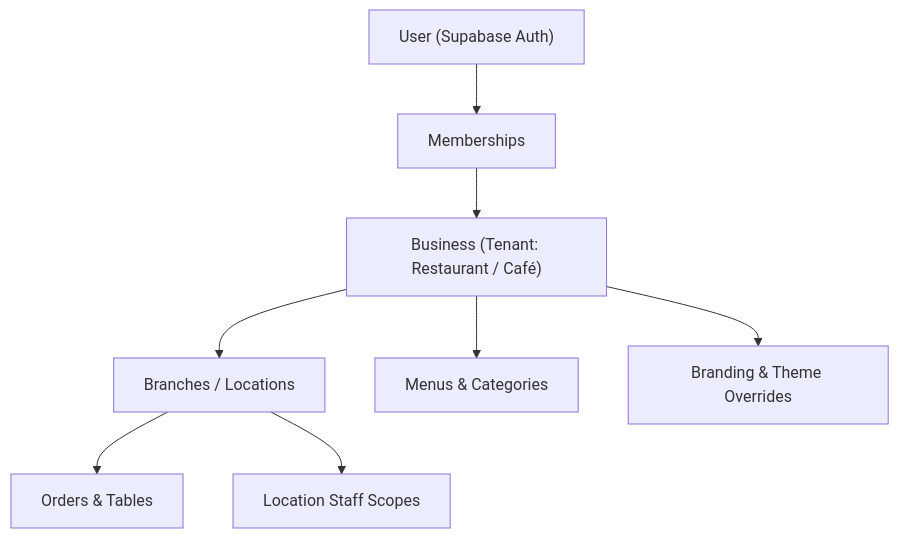
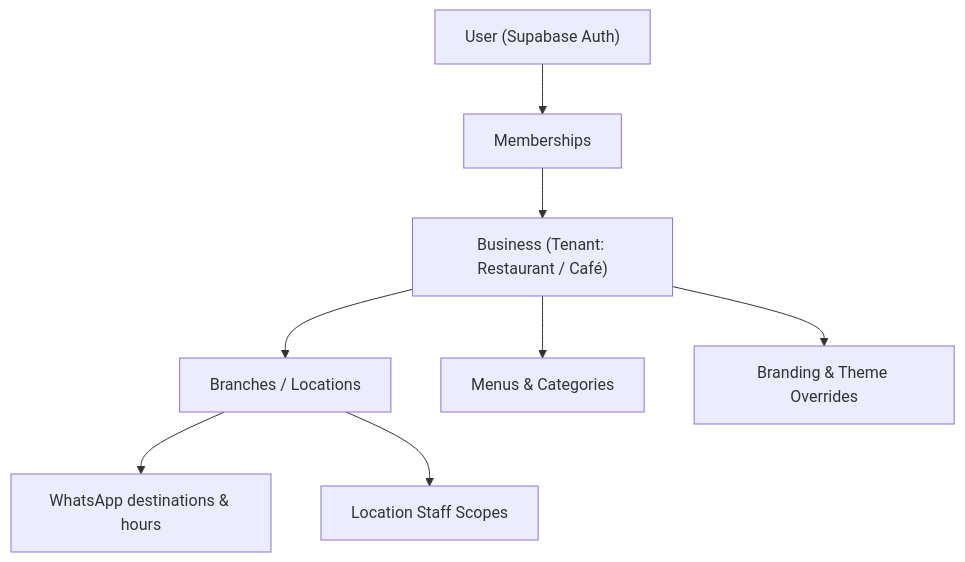
One commit to b14ckPanther/Darb_Rest changed the diagram in docs/ARCHITECTURE.md. Above: the diagram before and after it, drawn with Mermaid. The commit also changed other lines of this file and 6 other files, not shown here.

````diff
--- a/docs/ARCHITECTURE.md
+++ b/docs/ARCHITECTURE.md
@@ -90,10 +93,10 @@
 ```mermaid
 graph TD
     User["User (Supabase Auth)"] --> Memberships["Memberships"]
     Memberships --> Business["Business (Tenant: Restaurant / Café)"]
     Business --> Branches["Branches / Locations"]
     Business --> Menus["Menus & Categories"]
     Business --> Branding["Branding & Theme Overrides"]
-    Branches --> Orders["Orders & Tables"]
+    Branches --> Requests["WhatsApp destinations & hours"]
     Branches --> Staff["Location Staff Scopes"]
 ```
````
